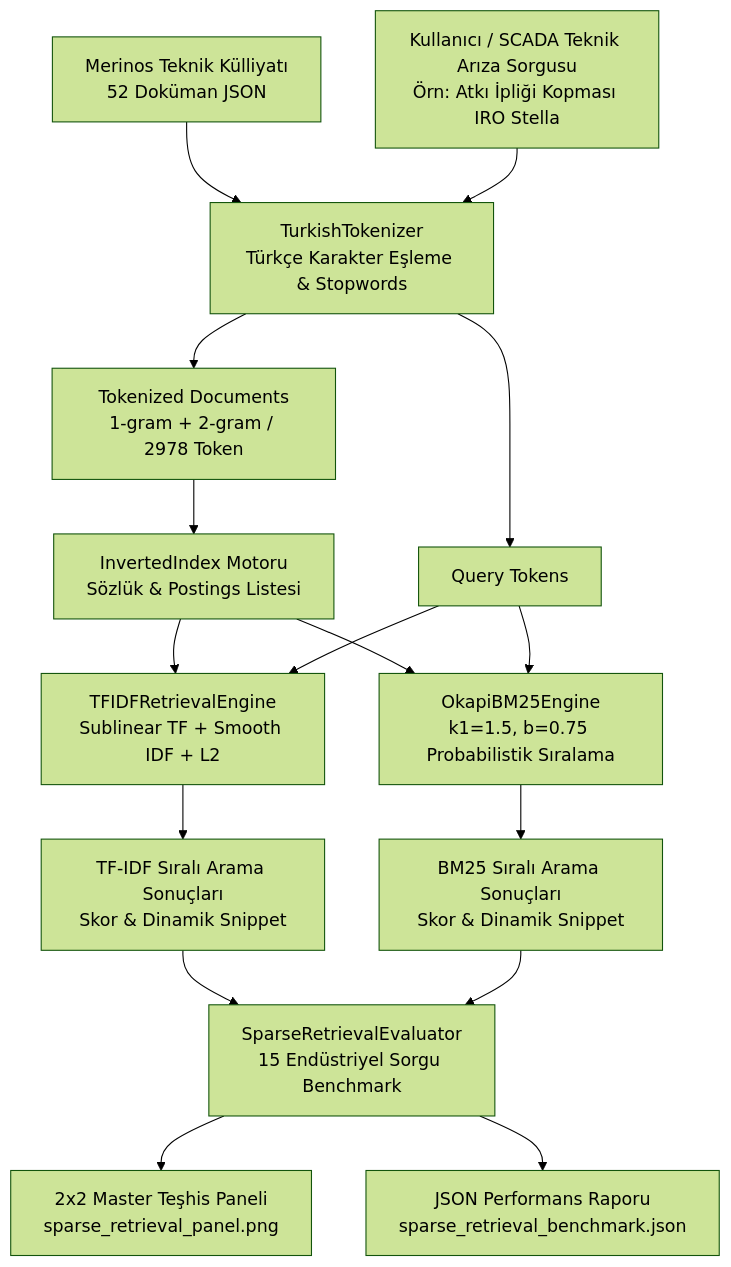
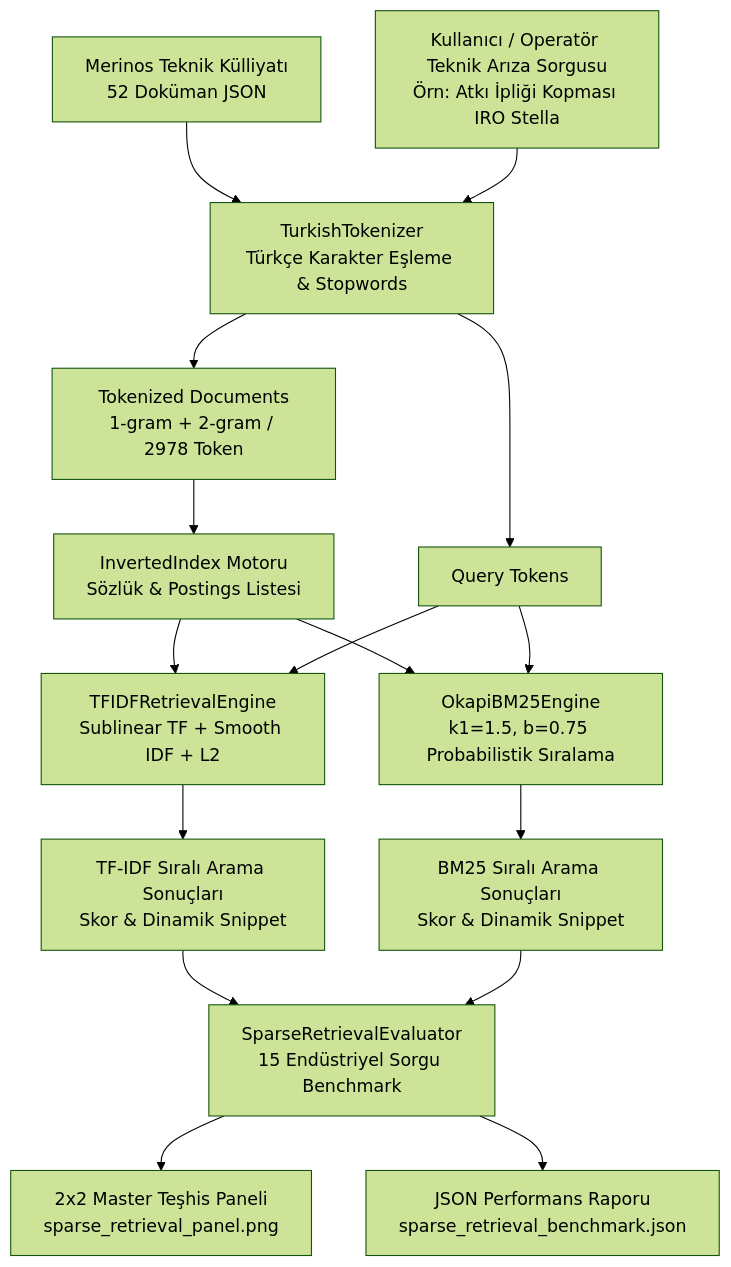
The diagram in day22/README.md (seydivakkas/merinos-industrial-ai-internship), drawn with Mermaid (forest theme) before and after one commit. The commit also changed other lines of this file and 61 other files, not shown here.

````diff
--- a/day22/README.md
+++ b/day22/README.md
@@ -73,22 +71,22 @@
 ```mermaid
 flowchart TD
     A[Merinos Teknik Külliyatı\n52 Doküman JSON] --> B[TurkishTokenizer\nTürkçe Karakter Eşleme & Stopwords]
     B --> C[Tokenized Documents\n1-gram + 2-gram / 2978 Token]
     
     C --> D[InvertedIndex Motoru\nSözlük & Postings Listesi]
     D --> E1[TFIDFRetrievalEngine\nSublinear TF + Smooth IDF + L2]
     D --> E2[OkapiBM25Engine\nk1=1.5, b=0.75 Probabilistik Sıralama]
     
-    F[Kullanıcı / SCADA Teknik Arıza Sorgusu\nÖrn: Atkı İpliği Kopması IRO Stella] --> B
+    F[Kullanıcı / Operatör Teknik Arıza Sorgusu\nÖrn: Atkı İpliği Kopması IRO Stella] --> B
     B --> G[Query Tokens]
     
     G --> E1
     G --> E2
     
     E1 --> H1[TF-IDF Sıralı Arama Sonuçları\nSkor & Dinamik Snippet]
     E2 --> H2[BM25 Sıralı Arama Sonuçları\nSkor & Dinamik Snippet]
     
     H1 & H2 --> I[SparseRetrievalEvaluator\n15 Endüstriyel Sorgu Benchmark]
     I --> J[2x2 Master Teşhis Paneli\nsparse_retrieval_panel.png]
     I --> K[JSON Performans Raporu\nsparse_retrieval_benchmark.json]
 ```
````
